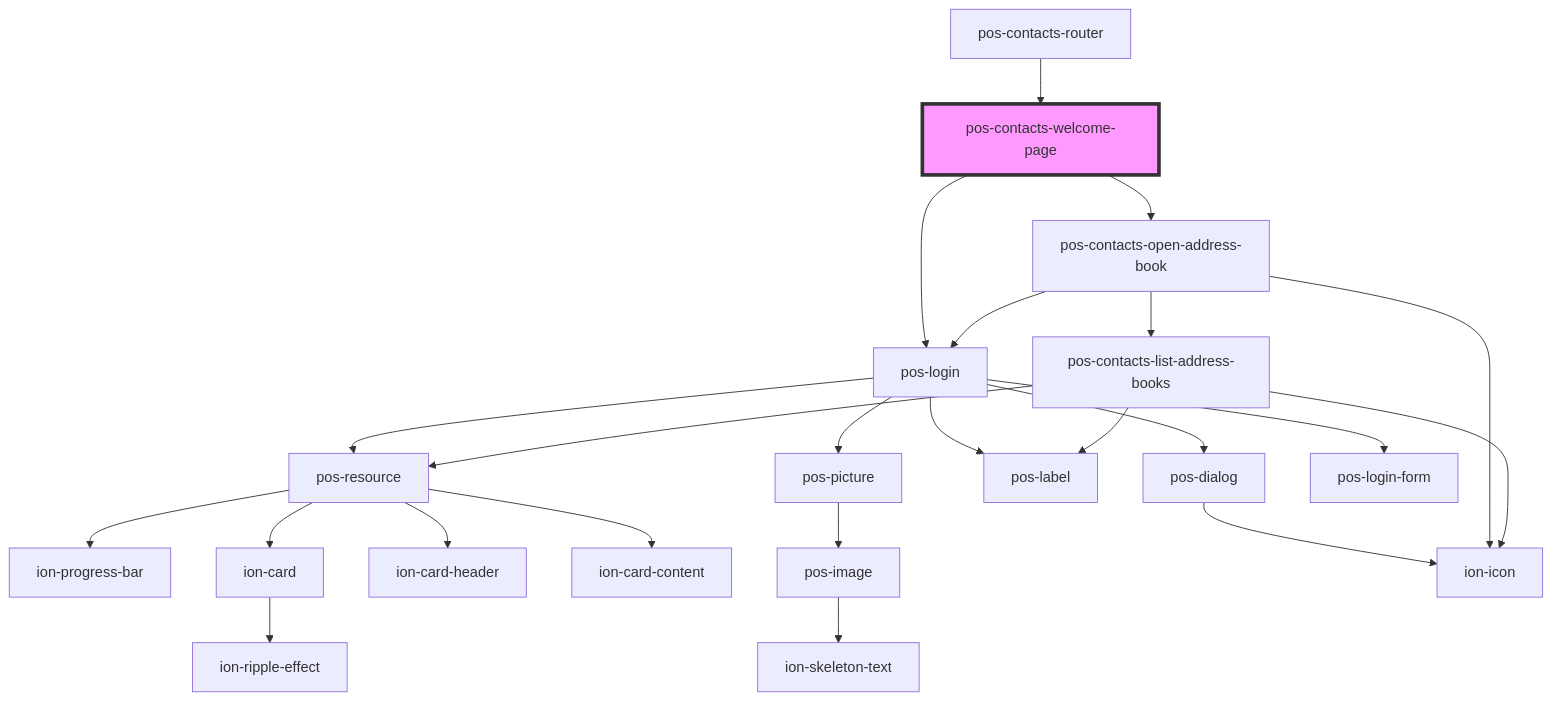
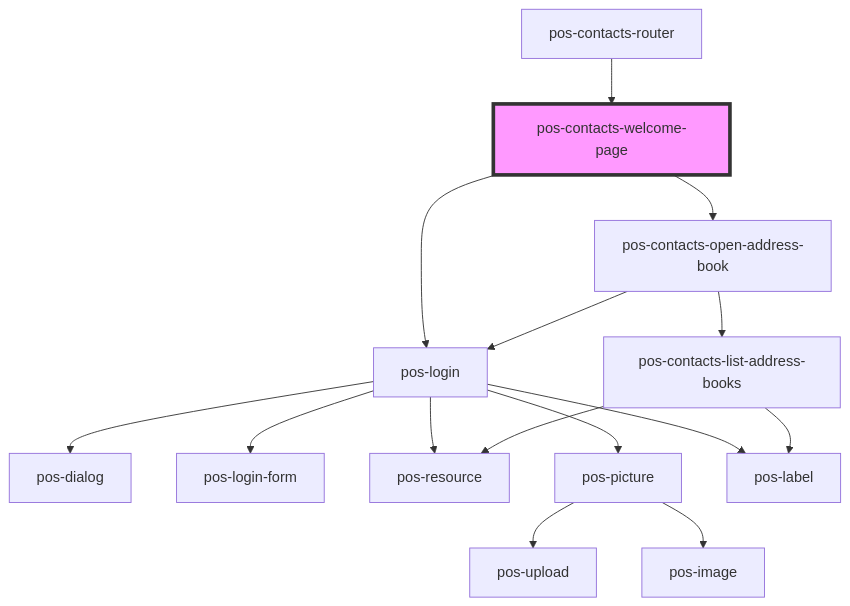
One commit to pod-os/PodOS changed the diagram in contacts/src/components/welcome-page/readme.md. Above: the diagram before and after it, drawn with Mermaid. The commit also changed 8 other files, not shown here.

````diff
--- a/contacts/src/components/welcome-page/readme.md
+++ b/contacts/src/components/welcome-page/readme.md
@@ -20,26 +20,18 @@
 ```mermaid
 graph TD;
   pos-contacts-welcome-page --> pos-login
   pos-contacts-welcome-page --> pos-contacts-open-address-book
+  pos-login --> pos-dialog
+  pos-login --> pos-login-form
   pos-login --> pos-resource
   pos-login --> pos-picture
   pos-login --> pos-label
-  pos-login --> pos-dialog
-  pos-login --> pos-login-form
-  pos-resource --> ion-progress-bar
-  pos-resource --> ion-card
-  pos-resource --> ion-card-header
-  pos-resource --> ion-card-content
-  ion-card --> ion-ripple-effect
+  pos-picture --> pos-upload
   pos-picture --> pos-image
-  pos-image --> ion-skeleton-text
-  pos-dialog --> ion-icon
   pos-contacts-open-address-book --> pos-contacts-list-address-books
   pos-contacts-open-address-book --> pos-login
-  pos-contacts-open-address-book --> ion-icon
   pos-contacts-list-address-books --> pos-resource
-  pos-contacts-list-address-books --> ion-icon
   pos-contacts-list-address-books --> pos-label
   pos-contacts-router --> pos-contacts-welcome-page
   style pos-contacts-welcome-page fill:#f9f,stroke:#333,stroke-width:4px
 ```
````
